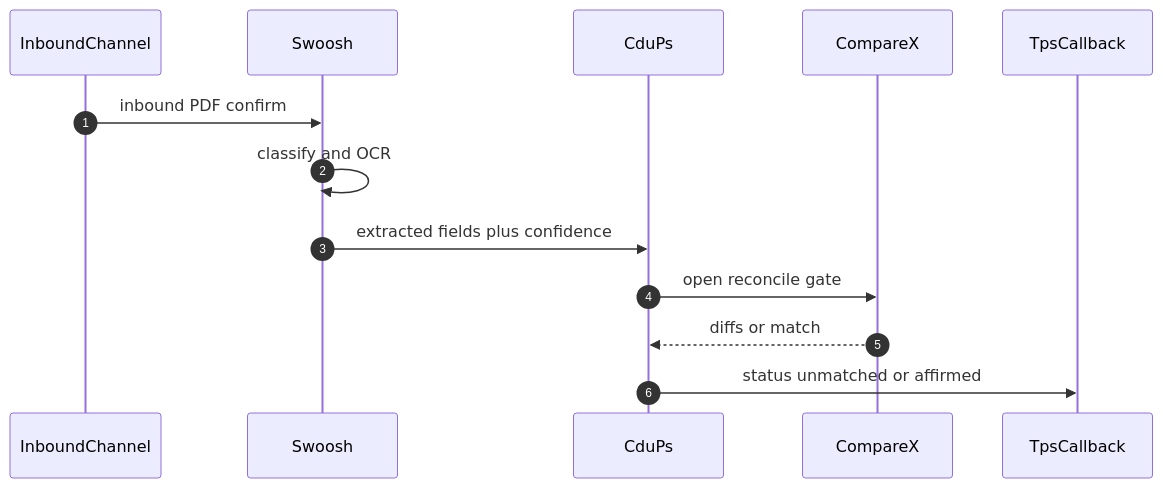
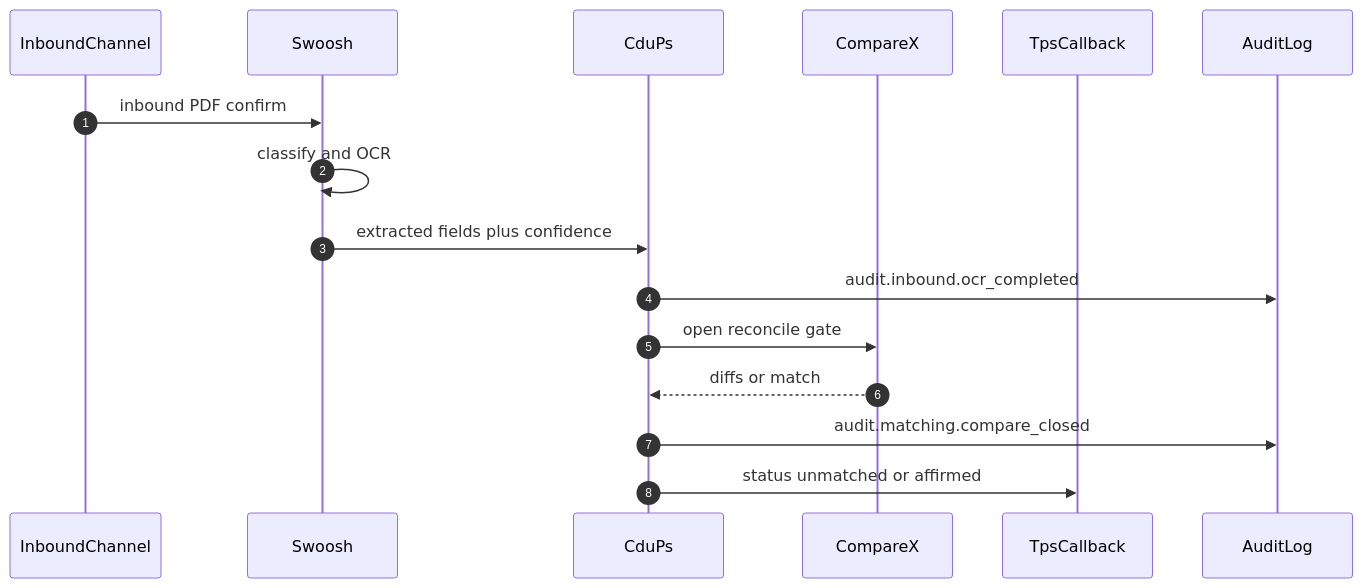
Before and after one commit to dae-nan/con4m8ions: diagram 14 of 17 in docs/prd-cdu-ps-v1.md, drawn with Mermaid. The commit also changed other lines of this file and 5 other files, not shown here.

First line of the commit message:
PRD v1.4: explainers out, story-map mermaid, manual draft, audit

````diff
--- a/docs/prd-cdu-ps-v1.md
+++ b/docs/prd-cdu-ps-v1.md
@@ -599,16 +690,19 @@
 ```mermaid
 sequenceDiagram
   autonumber
   participant In as InboundChannel
   participant SW as Swoosh
   participant CDU as CduPs
   participant CX as CompareX
   participant CB as TpsCallback
+  participant Audit as AuditLog
 
   In->>SW: inbound PDF confirm
   SW->>SW: classify and OCR
   SW->>CDU: extracted fields plus confidence
+  CDU->>Audit: audit.inbound.ocr_completed
   CDU->>CX: open reconcile gate
   CX-->>CDU: diffs or match
+  CDU->>Audit: audit.matching.compare_closed
   CDU->>CB: status unmatched or affirmed
 ```
````
